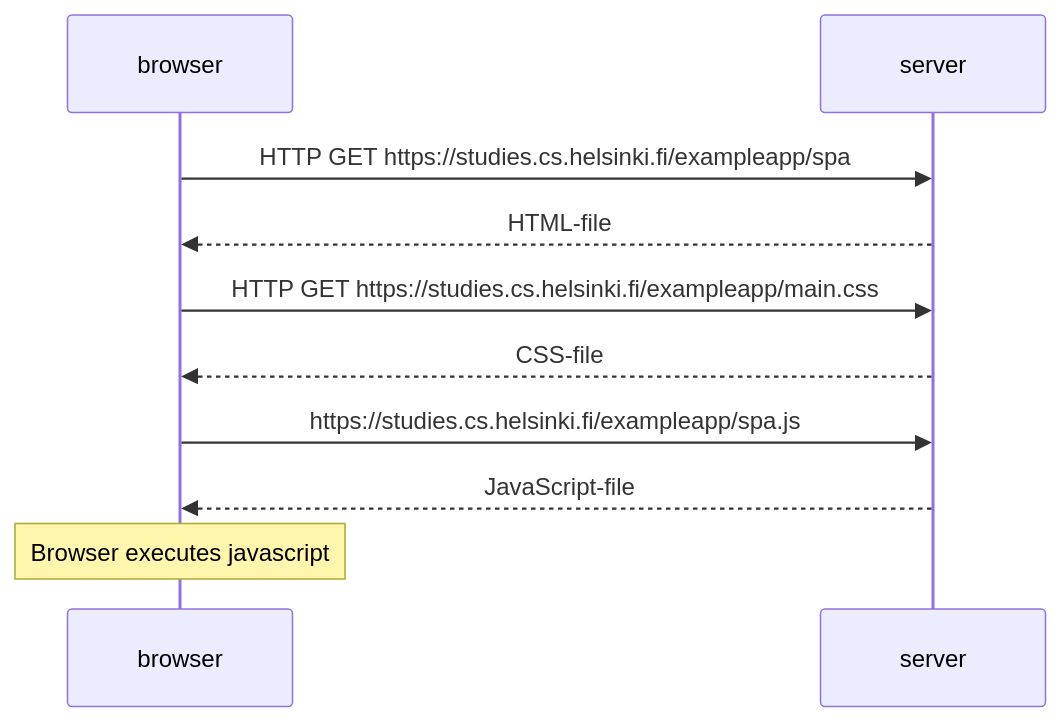
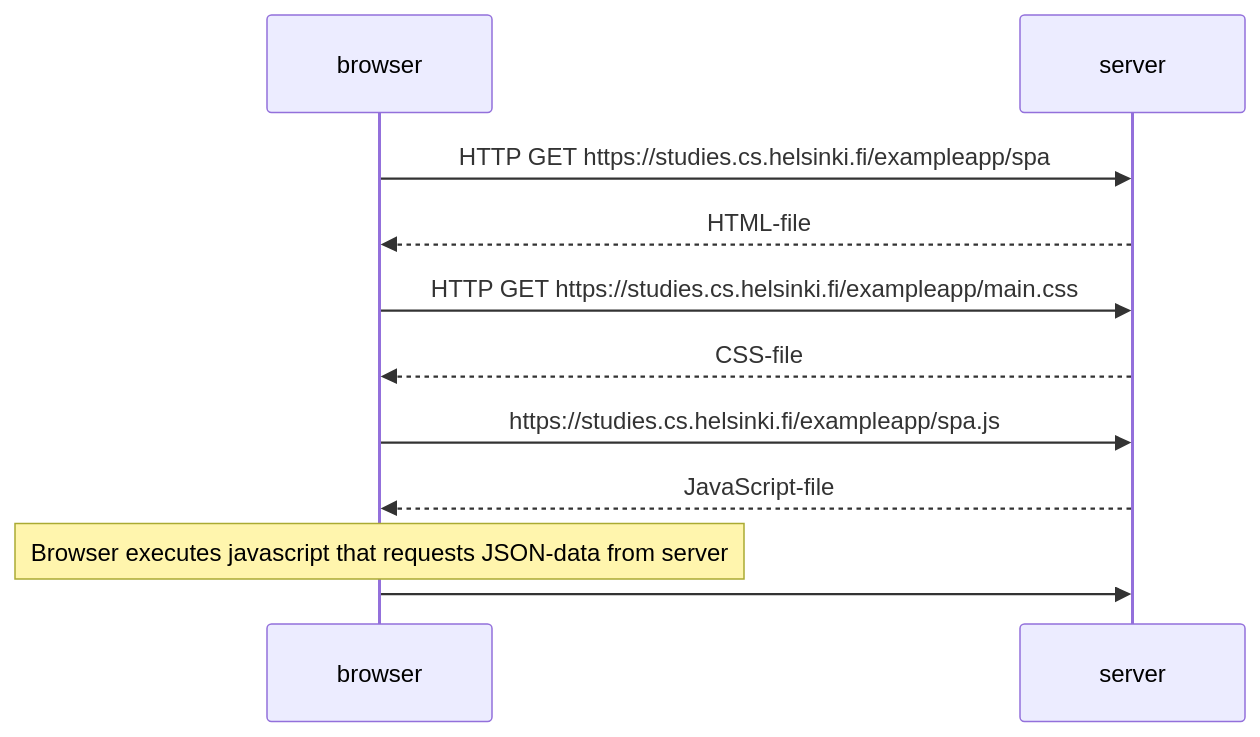
The diagram in exercises/part0/05.md (Lawblo/fullstackopen), drawn with Mermaid before and after one commit. The commit also changed 1 other file, not shown here.

Commit message:
fixed syntax

````diff
--- a/exercises/part0/05.md
+++ b/exercises/part0/05.md
@@ -3,10 +3,11 @@
 ```mermaid
 sequenceDiagram
     browser->>server: HTTP GET https://studies.cs.helsinki.fi/exampleapp/spa
     server-->>browser: HTML-file
     browser->>server: HTTP GET https://studies.cs.helsinki.fi/exampleapp/main.css
     server-->>browser: CSS-file
     browser->>server: https://studies.cs.helsinki.fi/exampleapp/spa.js
     server-->>browser: JavaScript-file
-    note over browser: Browser executes javascript
+    note over browser: Browser executes javascript that requests JSON-data from server
+    browser->>server: 
 ```
````
